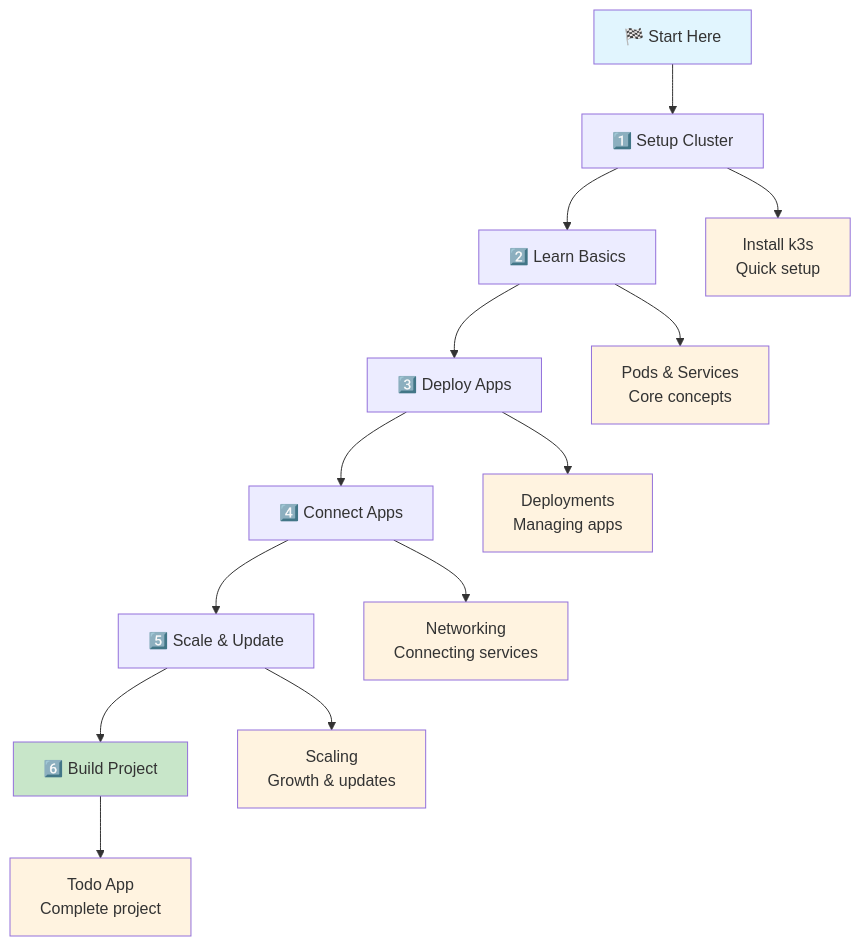
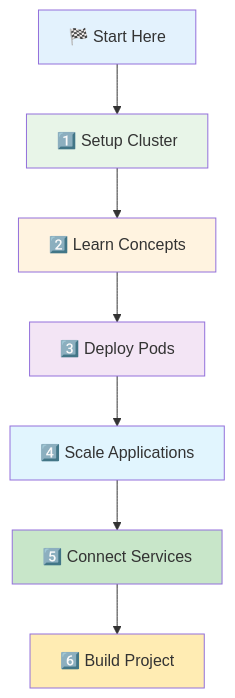
Before and after one commit to manikcloud/cloud-devops-learning-path: the first of 2 diagrams in Section-2-DevOps/Session-7_Kubernetes/README.md, drawn with Mermaid. The commit also changed other lines of this file and 33 other files, not shown here.

````diff
--- a/Section-2-DevOps/Session-7_Kubernetes/README.md
+++ b/Section-2-DevOps/Session-7_Kubernetes/README.md
@@ -43,25 +43,17 @@
 ```mermaid
 graph TD
     A[🏁 Start Here] --> B[1️⃣ Setup Cluster]
-    B --> C[2️⃣ Learn Basics]
-    C --> D[3️⃣ Deploy Apps]
-    D --> E[4️⃣ Connect Apps]
-    E --> F[5️⃣ Scale & Update]
+    B --> C[2️⃣ Learn Concepts]
+    C --> D[3️⃣ Deploy Pods]
+    D --> E[4️⃣ Scale Applications]
+    E --> F[5️⃣ Connect Services]
     F --> G[6️⃣ Build Project]
     
-    B --> B1[Install k3s<br/>Quick setup]
-    C --> C1[Pods & Services<br/>Core concepts]
-    D --> D1[Deployments<br/>Managing apps]
-    E --> E1[Networking<br/>Connecting services]
-    F --> F1[Scaling<br/>Growth & updates]
-    G --> G1[Todo App<br/>Complete project]
-    
-    style A fill:#e1f5fe
-    style G fill:#c8e6c9
-    style B1 fill:#fff3e0
-    style C1 fill:#fff3e0
-    style D1 fill:#fff3e0
-    style E1 fill:#fff3e0
-    style F1 fill:#fff3e0
-    style G1 fill:#fff3e0
+    style A fill:#e3f2fd
+    style B fill:#e8f5e8
+    style C fill:#fff3e0
+    style D fill:#f3e5f5
+    style E fill:#e1f5fe
+    style F fill:#c8e6c9
+    style G fill:#ffecb3
 ```
````
